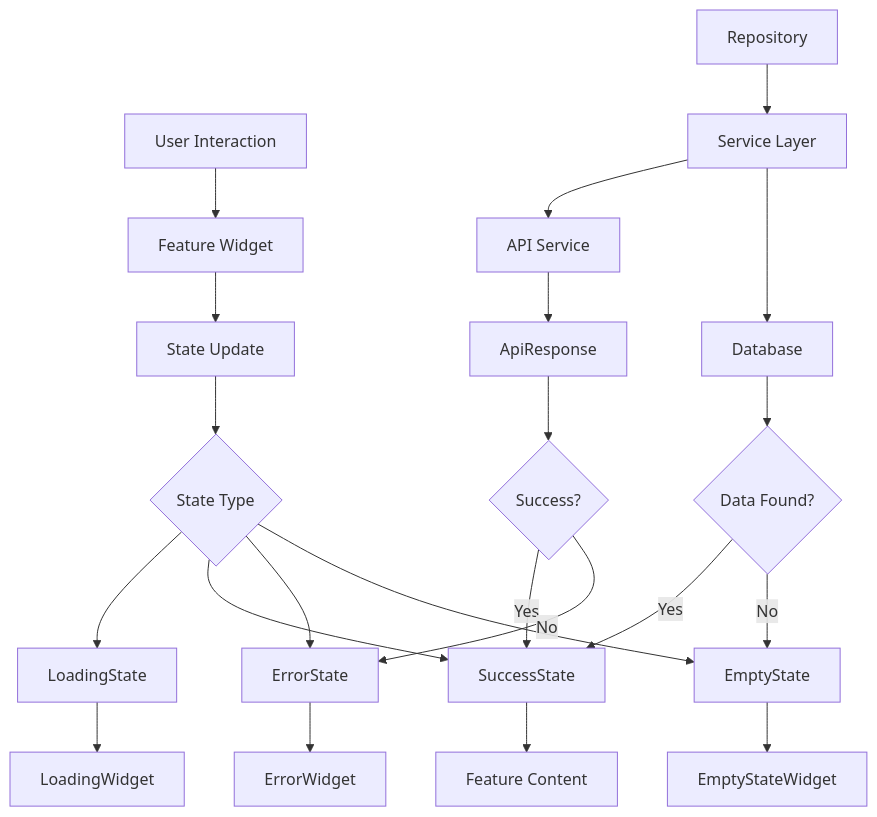
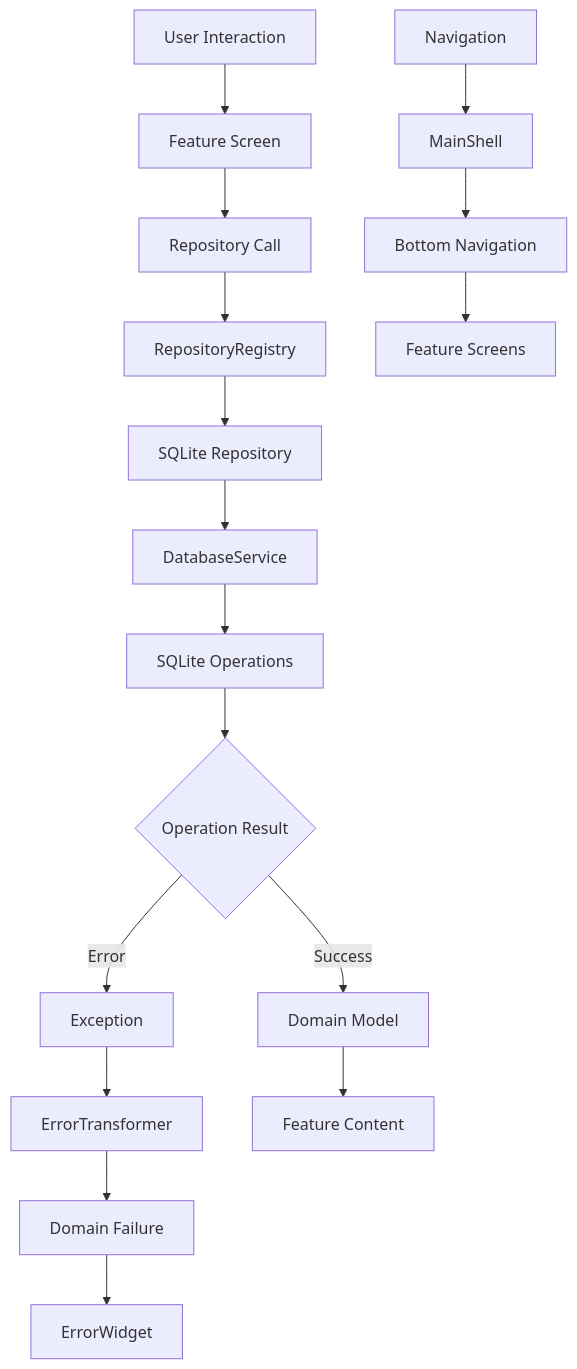
The second of 3 diagrams in aidd-docs/memory-bank/mobile/ARCHITECTURE.md (davidmohamedfr/Monica-Companion), drawn with Mermaid before and after one commit. The commit also changed other lines of this file and 10 other files, not shown here.

````diff
--- a/aidd-docs/memory-bank/mobile/ARCHITECTURE.md
+++ b/aidd-docs/memory-bank/mobile/ARCHITECTURE.md
@@ -116,29 +174,24 @@
 ```mermaid
 graph TD
-    A[User Interaction] --> B[Feature Widget]
-    B --> C[State Update]
-    C --> D{State Type}
+    A[User Interaction] --> B[Feature Screen]
+    B --> C[Repository Call]
+    C --> D[RepositoryRegistry]
 
-    D --> E[LoadingState]
-    D --> F[SuccessState<T>]
-    D --> G[ErrorState]
-    D --> H[EmptyState]
+    D --> E[SQLite Repository]
+    E --> F[DatabaseService]
+    F --> G[SQLite Operations]
 
-    E --> I[LoadingWidget]
-    F --> J[Feature Content]
-    G --> K[ErrorWidget]
-    H --> L[EmptyStateWidget]
+    G --> H{Operation Result}
+    H -->|Success| I[Domain Model]
+    H -->|Error| J[Exception]
 
-    M[Repository] --> N[Service Layer]
-    N --> O[API Service]
-    O --> P[ApiResponse<T>]
-    P --> Q{Success?}
+    J --> K[ErrorTransformer]
+    K --> L[Domain Failure]
 
-    Q -->|Yes| F
-    Q -->|No| G
+    I --> M[Feature Content]
+    L --> N[ErrorWidget]
 
-    N --> R[Database]
-    R --> S{Data Found?}
-    S -->|Yes| F
-    S -->|No| H
+    O[Navigation] --> P[MainShell]
+    P --> Q[Bottom Navigation]
+    Q --> R[Feature Screens]
 ```
````
